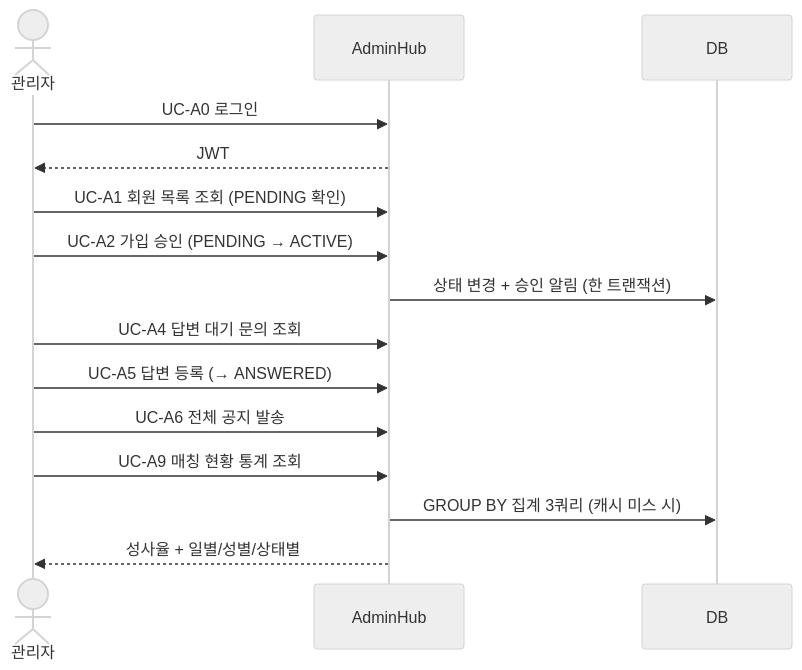
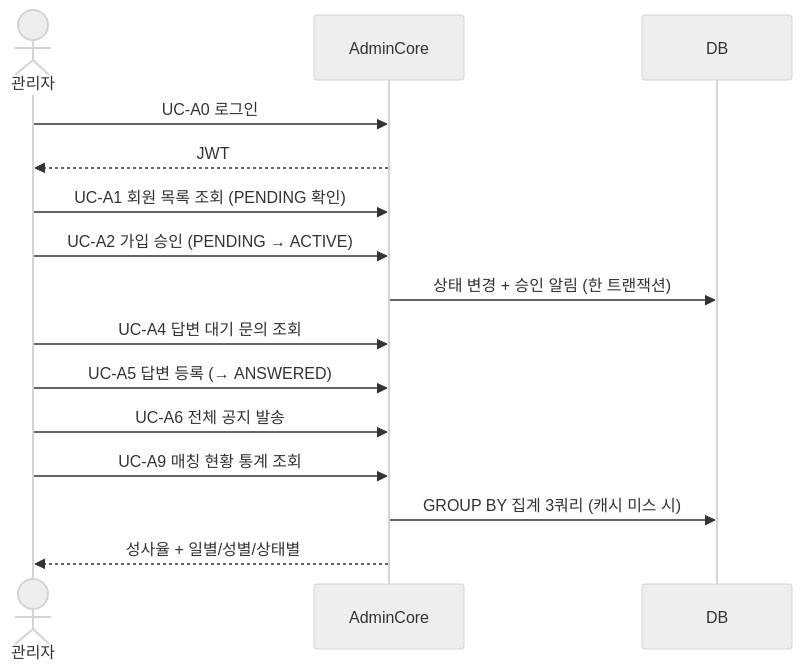
The second of 2 diagrams in docs/usecase.md (hello-pebble/MatchSimulation), drawn with Mermaid (neutral theme) before and after one commit. The commit also changed 102 other files, not shown here.

First line of the commit message:
프로젝트명을 저장소명(AdminCore)에 맞춰 통일

````diff
--- a/docs/usecase.md
+++ b/docs/usecase.md
@@ -63,18 +63,18 @@
 ```mermaid
 sequenceDiagram
     actor AD as 관리자
-    participant S as AdminHub
+    participant S as AdminCore
     participant DB as DB
 
     AD->>S: UC-A0 로그인
     S-->>AD: JWT
     AD->>S: UC-A1 회원 목록 조회 (PENDING 확인)
     AD->>S: UC-A2 가입 승인 (PENDING → ACTIVE)
     S->>DB: 상태 변경 + 승인 알림 (한 트랜잭션)
     AD->>S: UC-A4 답변 대기 문의 조회
     AD->>S: UC-A5 답변 등록 (→ ANSWERED)
     AD->>S: UC-A6 전체 공지 발송
     AD->>S: UC-A9 매칭 현황 통계 조회
     S->>DB: GROUP BY 집계 3쿼리 (캐시 미스 시)
     S-->>AD: 성사율 + 일별/성별/상태별
 ```
````
